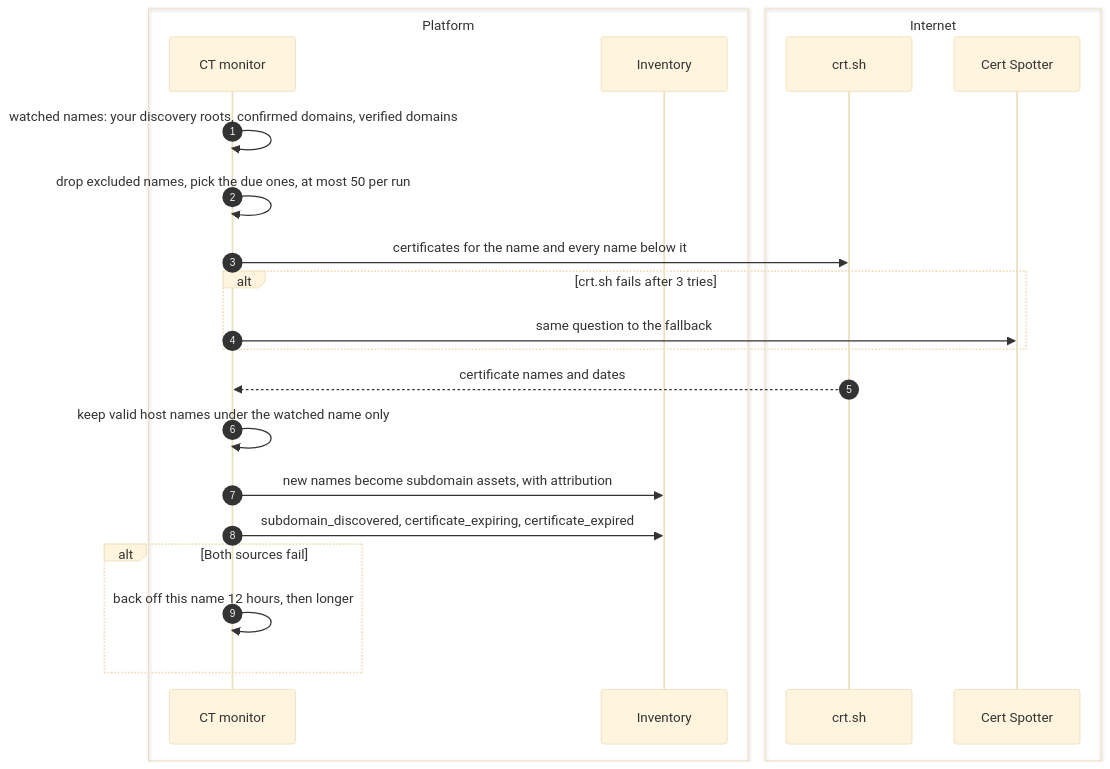
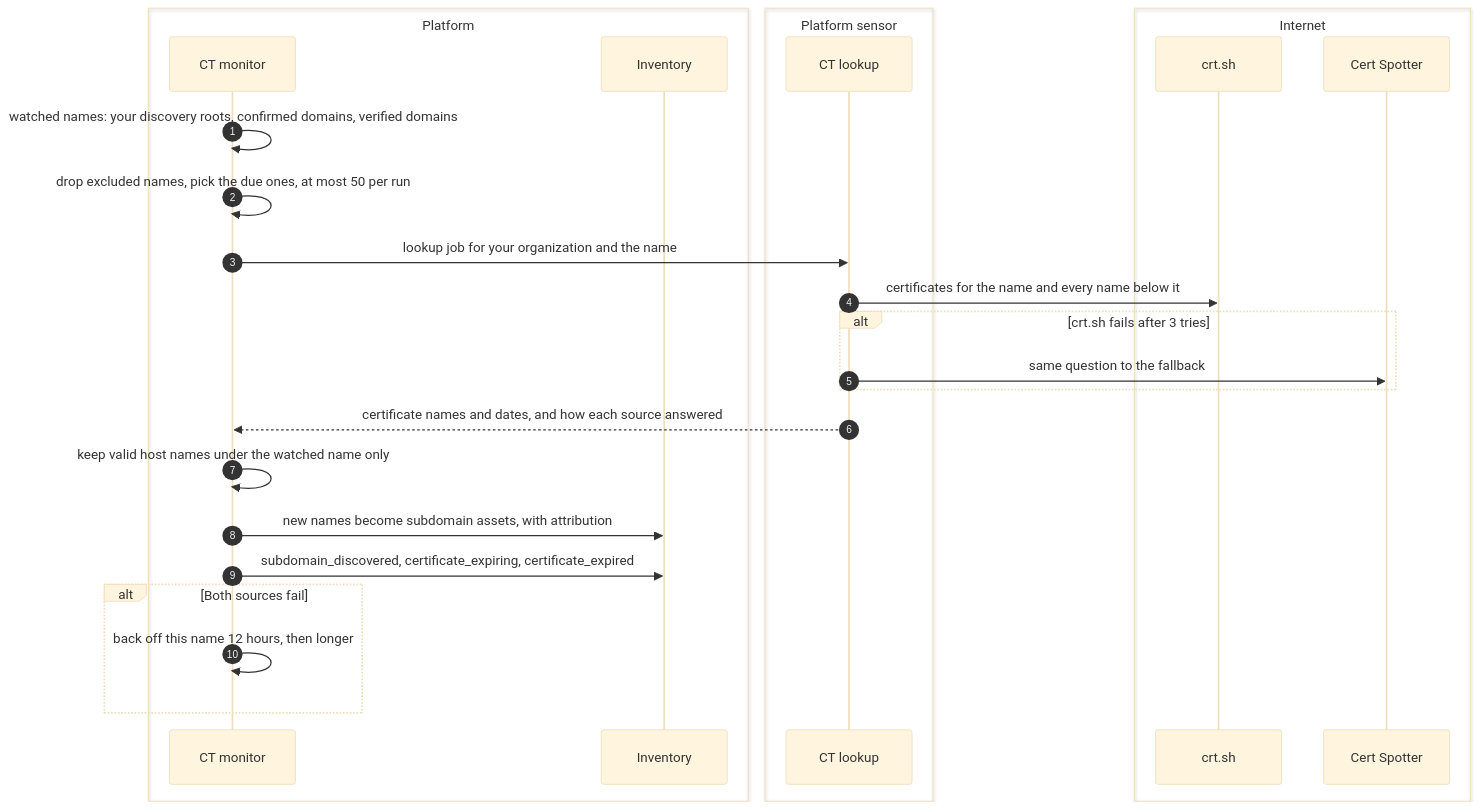
The first of 2 diagrams in how-it-works/attack-surface/certificates.md (openctemio/docs), drawn with Mermaid (base theme) before and after one commit. The commit also changed other lines of this file and 3 other files, not shown here.

Commit message:
docs: Certificate Transparency lookups run on platform sensors (lookup.ct@1) (#291)

````diff
--- a/how-it-works/attack-surface/certificates.md
+++ b/how-it-works/attack-surface/certificates.md
@@ -25,25 +25,29 @@
 ```mermaid
 sequenceDiagram
   autonumber
   box Platform
   participant M as CT monitor
   participant I as Inventory
   end
+  box Platform sensor
+  participant S as CT lookup
+  end
   box Internet
   participant L as crt.sh
   participant F as Cert Spotter
   end
   M->>M: watched names: your discovery roots, confirmed domains, verified domains
   M->>M: drop excluded names, pick the due ones, at most 50 per run
-  M->>L: certificates for the name and every name below it
+  M->>S: lookup job for your organization and the name
+  S->>L: certificates for the name and every name below it
   alt crt.sh fails after 3 tries
-    M->>F: same question to the fallback
+    S->>F: same question to the fallback
   end
-  L-->>M: certificate names and dates
+  S-->>M: certificate names and dates, and how each source answered
   M->>M: keep valid host names under the watched name only
   M->>I: new names become subdomain assets, with attribution
   M->>I: subdomain_discovered, certificate_expiring, certificate_expired
   alt Both sources fail
     M->>M: back off this name 12 hours, then longer
   end
 ```
````
